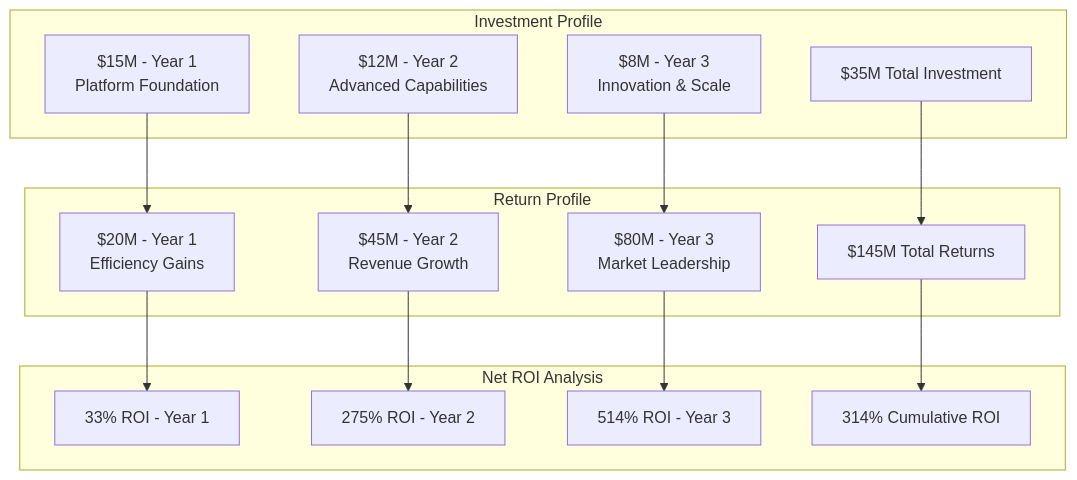
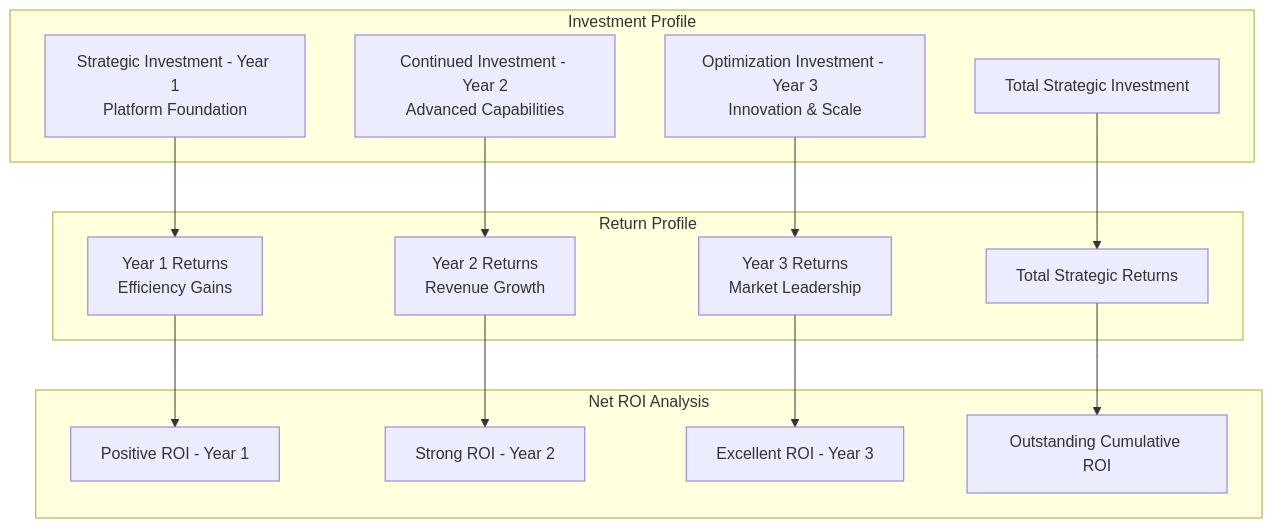
Before and after one commit to calvinlee999/react_next_java_journey: the third of 11 diagrams in EXECUTIVE_PRESENTATION_STRATEGIC_AI_PLATFORM.md, drawn with Mermaid. The commit also changed other lines of this file and 13 other files, not shown here.

First line of the commit message:
feat: Complete Level 0 AI Platform Architecture for FinTech Evolution

````diff
--- a/EXECUTIVE_PRESENTATION_STRATEGIC_AI_PLATFORM.md
+++ b/EXECUTIVE_PRESENTATION_STRATEGIC_AI_PLATFORM.md
@@ -130,28 +130,28 @@
 ```mermaid
 graph TB
     subgraph "Investment Profile"
-        INV_Y1[$15M - Year 1<br/>Platform Foundation]
-        INV_Y2[$12M - Year 2<br/>Advanced Capabilities]
-        INV_Y3[$8M - Year 3<br/>Innovation & Scale]
-        TOTAL_INV[$35M Total Investment]
+        INV_Y1[Strategic Investment - Year 1<br/>Platform Foundation]
+        INV_Y2[Continued Investment - Year 2<br/>Advanced Capabilities]
+        INV_Y3[Optimization Investment - Year 3<br/>Innovation & Scale]
+        TOTAL_INV[Total Strategic Investment]
     end
     
     subgraph "Return Profile"
-        RET_Y1[$20M - Year 1<br/>Efficiency Gains]
-        RET_Y2[$45M - Year 2<br/>Revenue Growth]
-        RET_Y3[$80M - Year 3<br/>Market Leadership]
-        TOTAL_RET[$145M Total Returns]
+        RET_Y1[Year 1 Returns<br/>Efficiency Gains]
+        RET_Y2[Year 2 Returns<br/>Revenue Growth]
+        RET_Y3[Year 3 Returns<br/>Market Leadership]
+        TOTAL_RET[Total Strategic Returns]
     end
     
     subgraph "Net ROI Analysis"
-        ROI_Y1[33% ROI - Year 1]
-        ROI_Y2[275% ROI - Year 2]
-        ROI_Y3[514% ROI - Year 3]
-        NET_ROI[314% Cumulative ROI]
+        ROI_Y1[Positive ROI - Year 1]
+        ROI_Y2[Strong ROI - Year 2]
+        ROI_Y3[Excellent ROI - Year 3]
+        NET_ROI[Outstanding Cumulative ROI]
     end
     
     INV_Y1 --> RET_Y1 --> ROI_Y1
     INV_Y2 --> RET_Y2 --> ROI_Y2
     INV_Y3 --> RET_Y3 --> ROI_Y3
     TOTAL_INV --> TOTAL_RET --> NET_ROI
 ```
````
